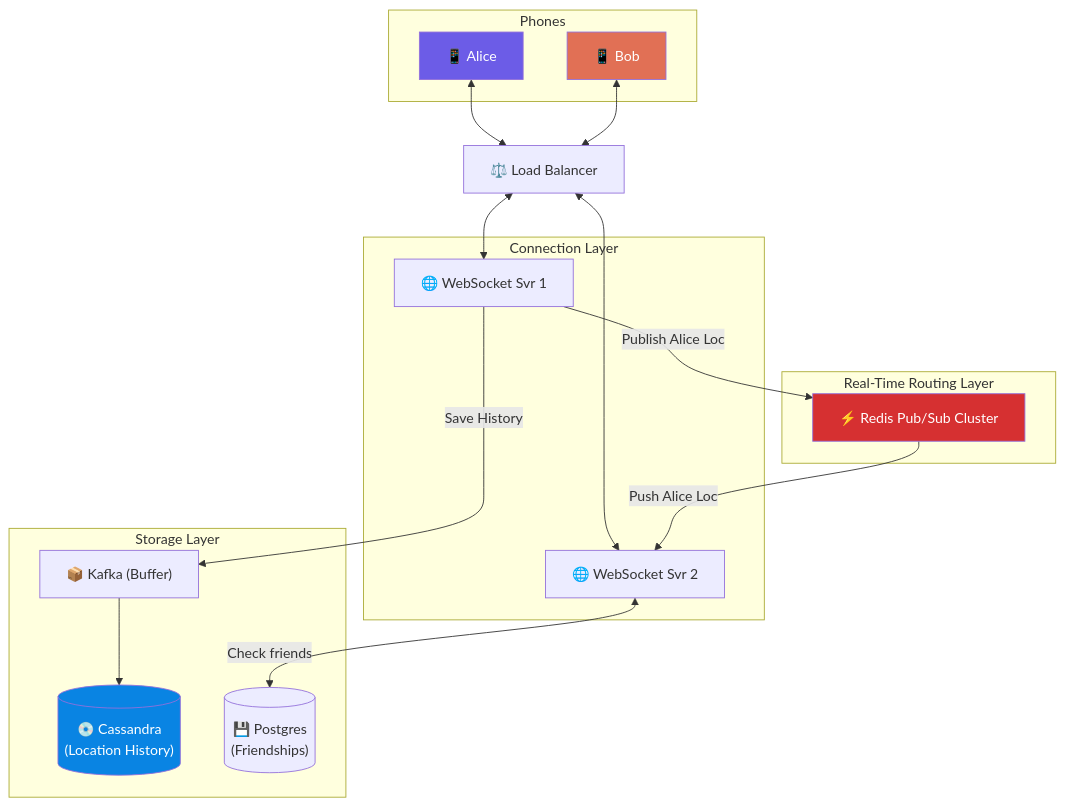
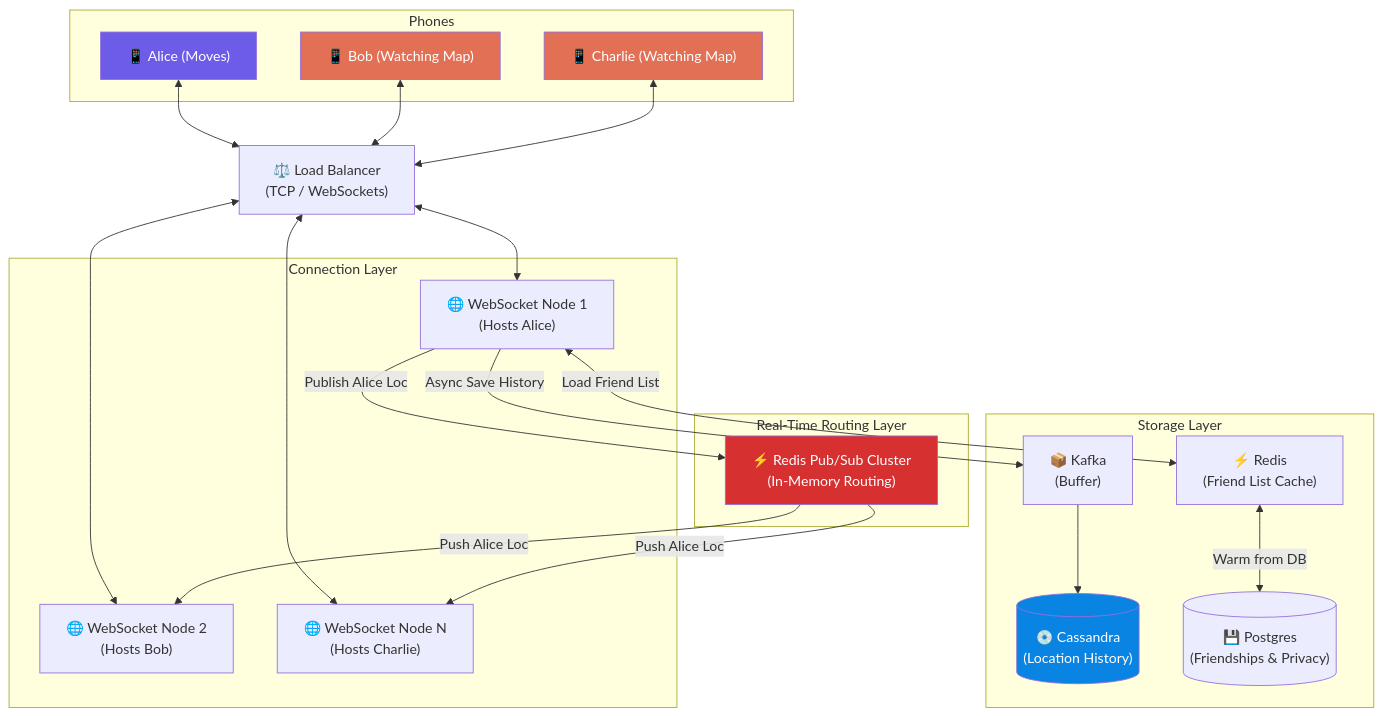
The diagram in HLD_Vol2/chapter_2/design_nearby_friends.md (Gbirla06/systemDesign), drawn with Mermaid before and after one commit. The commit also changed other lines of this file and 7 other files, not shown here.

````diff
--- a/HLD_Vol2/chapter_2/design_nearby_friends.md
+++ b/HLD_Vol2/chapter_2/design_nearby_friends.md
@@ -121,40 +100,51 @@
 ```mermaid
 graph TD
     subgraph Phones
-        A["📱 Alice"]
-        B["📱 Bob"]
+        A["📱 Alice (Moves)"]
+        B["📱 Bob (Watching Map)"]
+        C["📱 Charlie (Watching Map)"]
     end
 
-    LB["⚖️ Load Balancer"]
+    LB["⚖️ Load Balancer\n(TCP / WebSockets)"]
+    
     A <--> LB
     B <--> LB
+    C <--> LB
 
     subgraph Connection Layer
-        WS1["🌐 WebSocket Svr 1"]
-        WS2["🌐 WebSocket Svr 2"]
+        WS1["🌐 WebSocket Node 1\n(Hosts Alice)"]
+        WS2["🌐 WebSocket Node 2\n(Hosts Bob)"]
+        WS3["🌐 WebSocket Node N\n(Hosts Charlie)"]
     end
     
     LB <--> WS1
     LB <--> WS2
+    LB <--> WS3
 
     subgraph Real-Time Routing Layer
-        Redis["⚡ Redis Pub/Sub Cluster"]
+        Redis["⚡ Redis Pub/Sub Cluster\n(In-Memory Routing)"]
     end
 
     subgraph Storage Layer
-        Kafka["📦 Kafka (Buffer)"]
+        Kafka["📦 Kafka\n(Buffer)"]
         Cassandra[("💿 Cassandra\n(Location History)")]
-        SocialDB[("💾 Postgres\n(Friendships)")]
+        SocialDB[("💾 Postgres\n(Friendships & Privacy)")]
+        FriendCache["⚡ Redis\n(Friend List Cache)"]
     end
 
     WS1 -->|Publish Alice Loc| Redis
     Redis -->|Push Alice Loc| WS2
-    WS1 -->|Save History| Kafka
+    Redis -->|Push Alice Loc| WS3
+    
+    WS1 -->|Async Save History| Kafka
     Kafka --> Cassandra
-    WS2 <-->|Check friends| SocialDB
+    
+    WS1 <-->|Load Friend List| FriendCache
+    FriendCache <-->|Warm from DB| SocialDB
     
     style A fill:#6c5ce7,color:#fff
     style B fill:#e17055,color:#fff
+    style C fill:#e17055,color:#fff
     style Redis fill:#d63031,color:#fff
     style Cassandra fill:#0984e3,color:#fff
 ```
````
